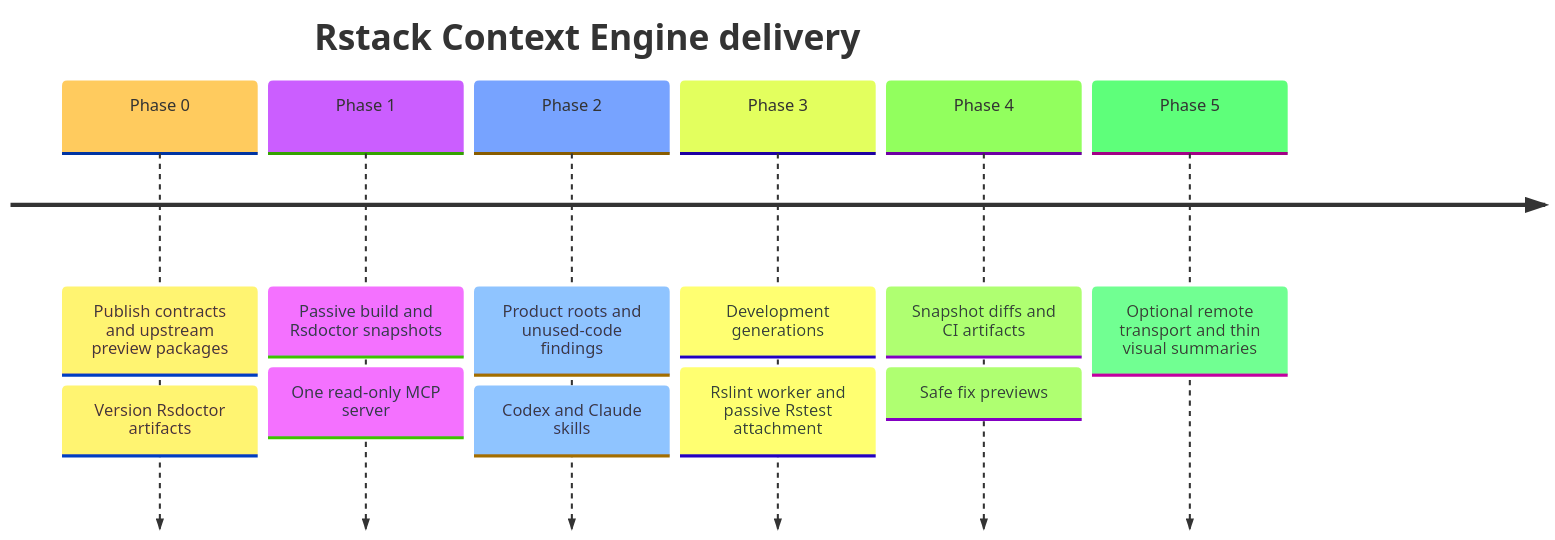
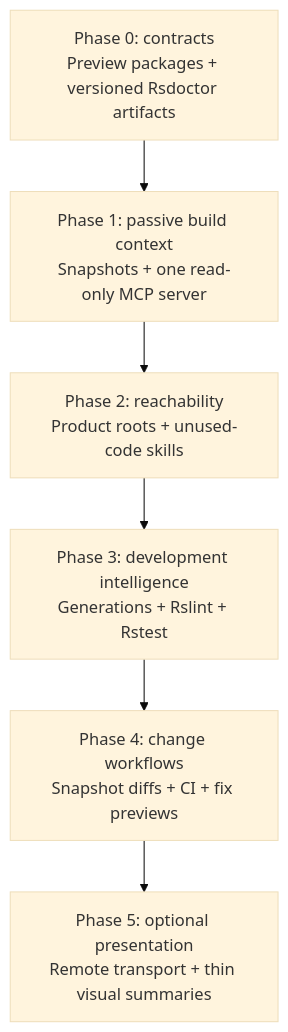
The tenth of 10 diagrams in docs/rfcs/0001-rstack-context-engine.md (rstackjs/rstack-cli), drawn with Mermaid (base theme) before and after one commit. The commit also changed other lines of this file, not shown here.

Commit message:
docs: improve RFC architecture diagrams

````diff
--- a/docs/rfcs/0001-rstack-context-engine.md
+++ b/docs/rfcs/0001-rstack-context-engine.md
@@ -1052,15 +1046,11 @@
 ```mermaid
-timeline
-  title Rstack Context Engine delivery
-  Phase 0 : Publish contracts and upstream preview packages
-          : Version Rsdoctor artifacts
-  Phase 1 : Passive build and Rsdoctor snapshots
-          : One read-only MCP server
-  Phase 2 : Product roots and unused-code findings
-          : Codex and Claude skills
-  Phase 3 : Development generations
-          : Rslint worker and passive Rstest attachment
-  Phase 4 : Snapshot diffs and CI artifacts
-          : Safe fix previews
-  Phase 5 : Optional remote transport and thin visual summaries
+flowchart TB
+  P0["Phase 0: contracts<br/>Preview packages + versioned Rsdoctor artifacts"]
+  P1["Phase 1: passive build context<br/>Snapshots + one read-only MCP server"]
+  P2["Phase 2: reachability<br/>Product roots + unused-code skills"]
+  P3["Phase 3: development intelligence<br/>Generations + Rslint + Rstest"]
+  P4["Phase 4: change workflows<br/>Snapshot diffs + CI + fix previews"]
+  P5["Phase 5: optional presentation<br/>Remote transport + thin visual summaries"]
+
+  P0 --> P1 --> P2 --> P3 --> P4 --> P5
 ```
````
